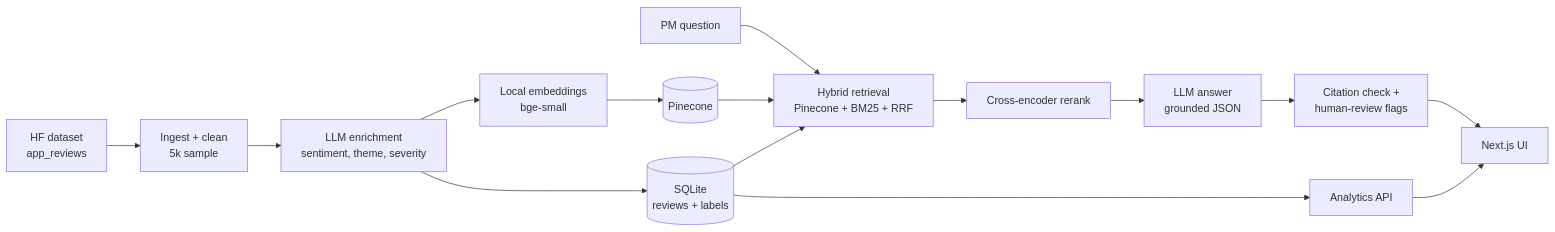
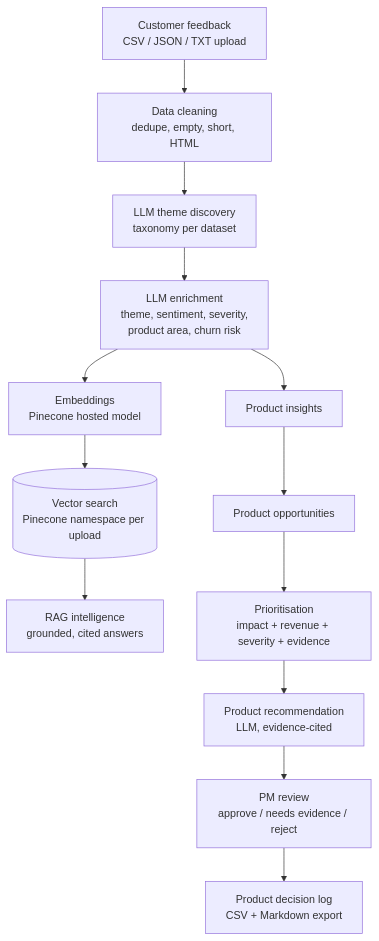
One commit to roomslabdesigns-collab/insightai changed the diagram in README.md. Above: the diagram before and after it, drawn with Mermaid. The commit also changed other lines of this file and 37 other files, not shown here.

First line of the commit message:
Upload-your-own-feedback workflow, recommendations, PM review and decisions

````diff
--- a/README.md
+++ b/README.md
@@ -25,16 +12,15 @@
 ```mermaid
-flowchart LR
-  A[HF dataset<br/>app_reviews] --> B[Ingest + clean<br/>5k sample]
-  B --> C[LLM enrichment<br/>sentiment, theme, severity]
-  C --> D[(SQLite<br/>reviews + labels)]
-  C --> E[Local embeddings<br/>bge-small]
-  E --> F[(Pinecone)]
-  Q[PM question] --> G[Hybrid retrieval<br/>Pinecone + BM25 + RRF]
-  F --> G
-  D --> G
-  G --> H[Cross-encoder rerank]
-  H --> I[LLM answer<br/>grounded JSON]
-  I --> J[Citation check +<br/>human-review flags]
-  J --> K[Next.js UI]
-  D --> L[Analytics API] --> K
+flowchart TD
+  A[Customer feedback<br/>CSV / JSON / TXT upload] --> B[Data cleaning<br/>dedupe, empty, short, HTML]
+  B --> C[LLM theme discovery<br/>taxonomy per dataset]
+  C --> D[LLM enrichment<br/>theme, sentiment, severity,<br/>product area, churn risk]
+  D --> E[Embeddings<br/>Pinecone hosted model]
+  E --> F[(Vector search<br/>Pinecone namespace per upload)]
+  F --> G[RAG intelligence<br/>grounded, cited answers]
+  D --> H[Product insights]
+  H --> I[Product opportunities]
+  I --> J[Prioritisation<br/>impact + revenue + severity + evidence]
+  J --> K[Product recommendation<br/>LLM, evidence-cited]
+  K --> L[PM review<br/>approve / needs evidence / reject]
+  L --> M[Product decision log<br/>CSV + Markdown export]
 ```
````
